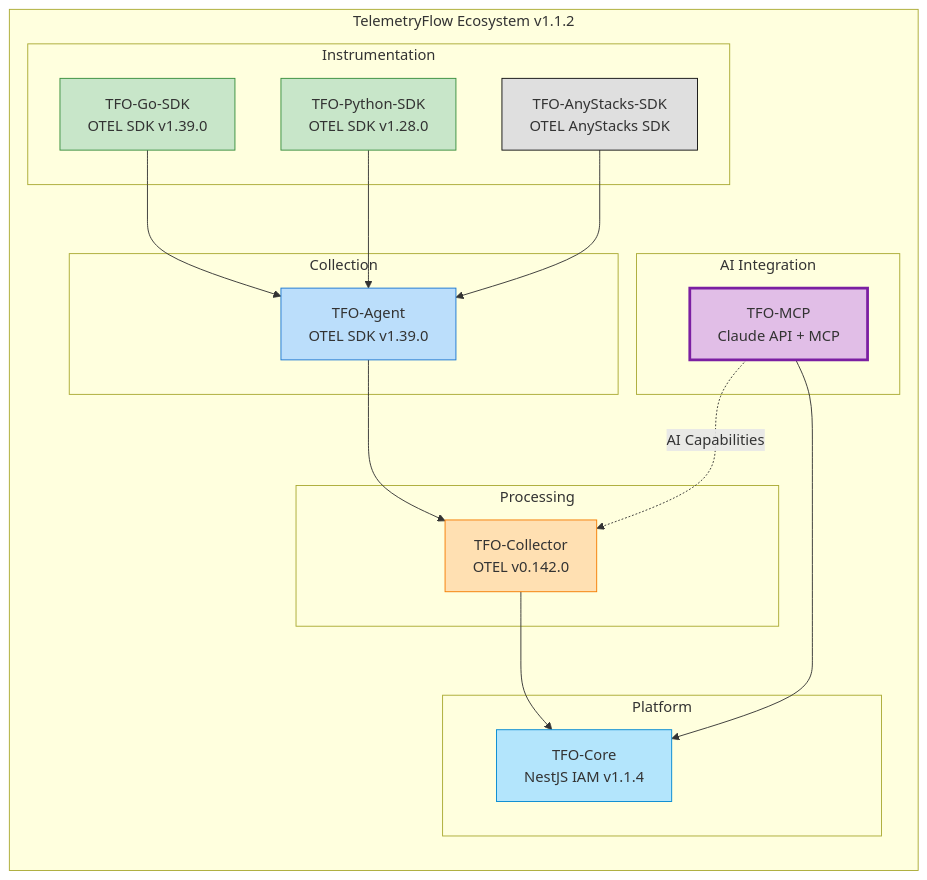
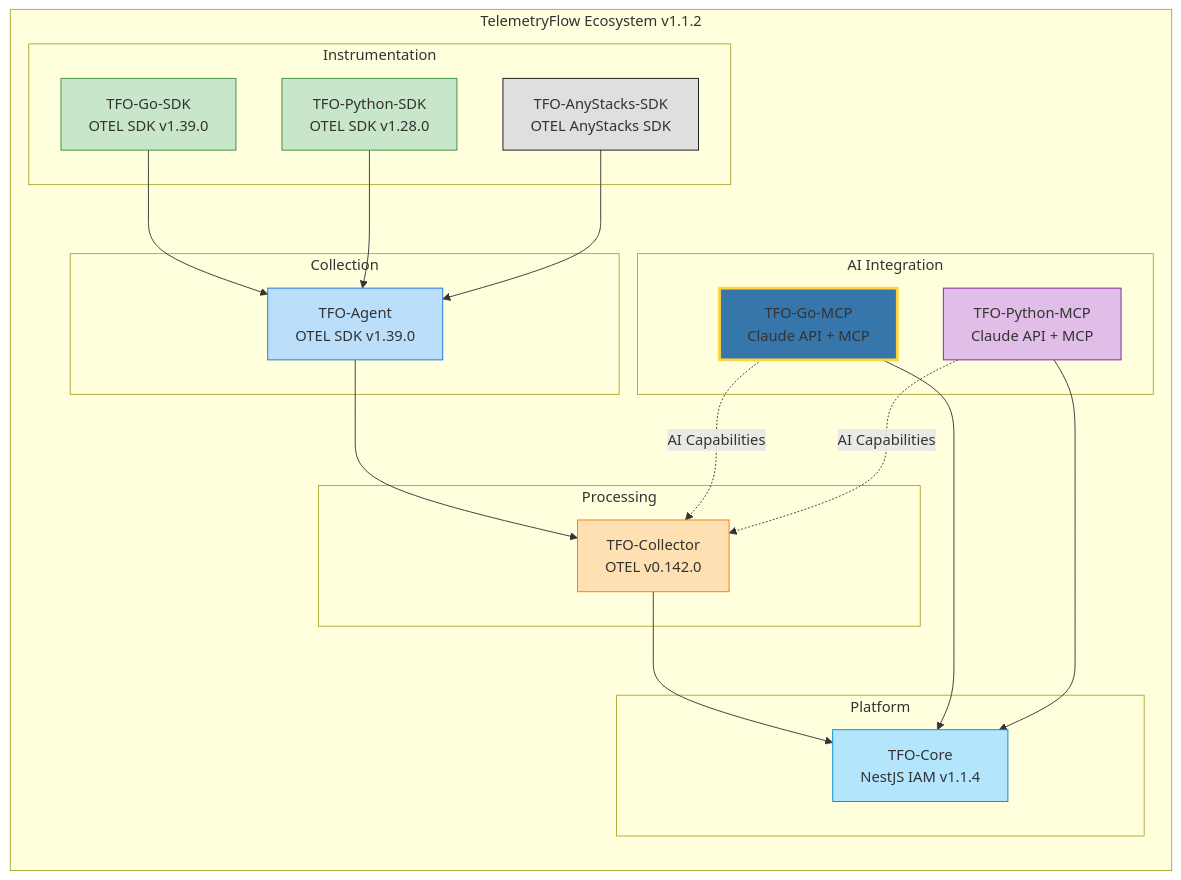
Before and after one commit to telemetryflow/telemetryflow-mcp: the first of 11 diagrams in README.md, drawn with Mermaid. The commit also changed other lines of this file, not shown here.

Commit message:
fix: Refactoring from TelemetryFlow MCP to TelemetryFlow GO MCP. Update TELEMETRYFLOW_MCP_* variable

````diff
--- a/README.md
+++ b/README.md
@@ -37,38 +37,42 @@
 ```mermaid
 graph LR
     subgraph "TelemetryFlow Ecosystem v1.1.2"
         subgraph "Instrumentation"
             SDK_GO[TFO-Go-SDK<br/>OTEL SDK v1.39.0]
             SDK_PY[TFO-Python-SDK<br/>OTEL SDK v1.28.0]
             SDK_OTHER[TFO-AnyStacks-SDK<br/>OTEL AnyStacks SDK]
         end
         subgraph "Collection"
             AGENT[TFO-Agent<br/>OTEL SDK v1.39.0]
         end
         subgraph "Processing"
             COLLECTOR[TFO-Collector<br/>OTEL v0.142.0]
         end
         subgraph "AI Integration"
-            MCP[TFO-MCP<br/>Claude API + MCP]
+            MCP_GO[TFO-Go-MCP<br/>Claude API + MCP]
+            MCP_PY[TFO-Python-MCP<br/>Claude API + MCP]
         end
         subgraph "Platform"
             CORE[TFO-Core<br/>NestJS IAM v1.1.4]
         end
     end
 
     SDK_GO --> AGENT
     SDK_PY --> AGENT
     SDK_OTHER --> AGENT
     AGENT --> COLLECTOR
     COLLECTOR --> CORE
-    MCP --> CORE
-    MCP -.-> |AI Capabilities| COLLECTOR
+    MCP_GO --> CORE
+    MCP_PY --> CORE
+    MCP_GO -.-> |AI Capabilities| COLLECTOR
+    MCP_PY -.-> |AI Capabilities| COLLECTOR
 
-    style MCP fill:#E1BEE7,stroke:#7B1FA2,stroke-width:3px
+    style MCP_GO fill:#3776AB,stroke:#FFD43B,stroke-width:3px
+    style MCP_PY fill:#E1BEE7,stroke:#7B1FA2
     style SDK_GO fill:#C8E6C9,stroke:#388E3C
     style SDK_PY fill:#C8E6C9,stroke:#388E3C
     style SDK_OTHER fill:#DFDFDF,stroke:#0F0F0F
     style AGENT fill:#BBDEFB,stroke:#1976D2
     style COLLECTOR fill:#FFE0B2,stroke:#F57C00
     style CORE fill:#B3E5FC,stroke:#0288D1
 ```
````
